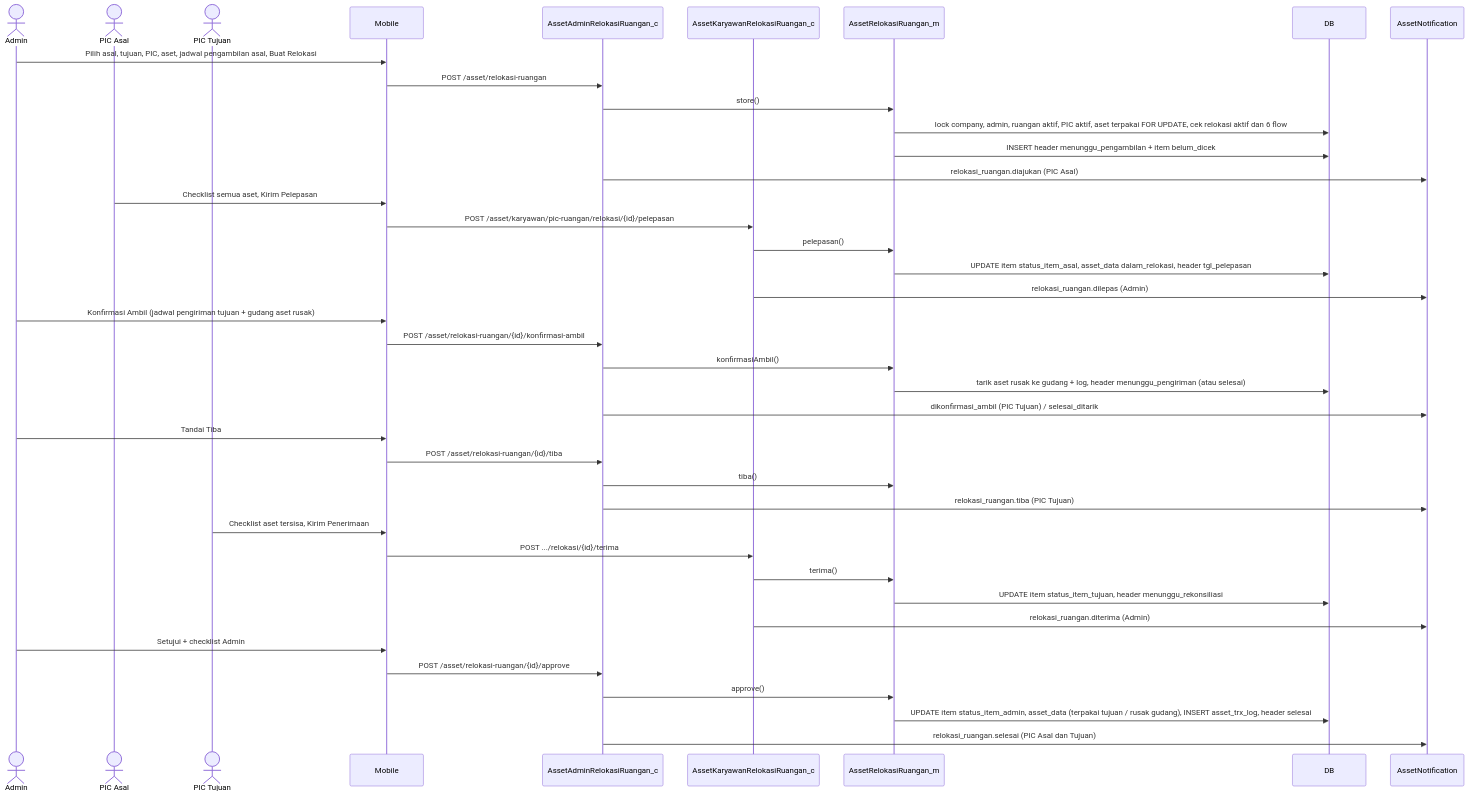
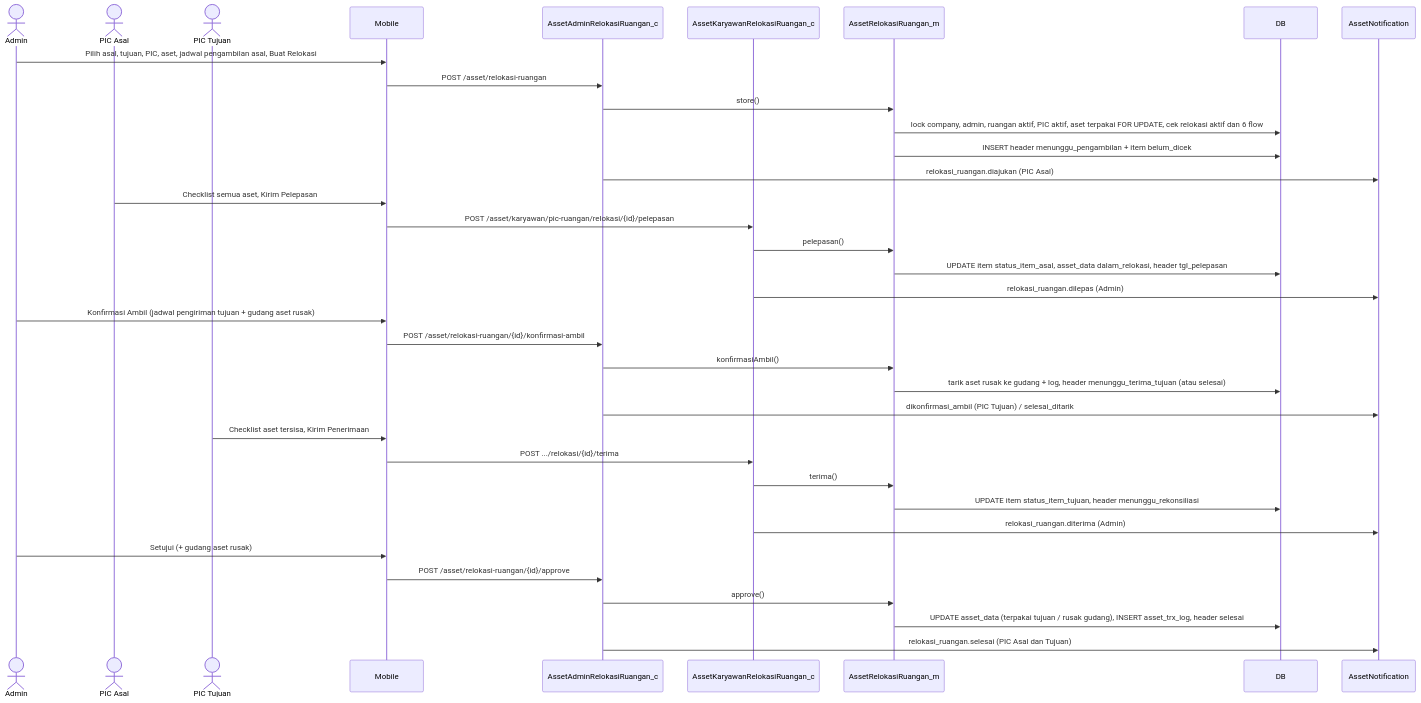
The second of 4 diagrams in dokumentasi-asset-relokasi-ruangan.md (setiyawan12/DOKUMENTASI-ASSET), drawn with Mermaid before and after one commit. The commit also changed other lines of this file and 2 other files, not shown here.

````diff
--- a/dokumentasi-asset-relokasi-ruangan.md
+++ b/dokumentasi-asset-relokasi-ruangan.md
@@ -349,43 +319,39 @@
 ```mermaid
 sequenceDiagram
     actor A as Admin
     actor PA as PIC Asal
     actor PT as PIC Tujuan
     participant M as Mobile
     participant CA as AssetAdminRelokasiRuangan_c
     participant CP as AssetKaryawanRelokasiRuangan_c
     participant R as AssetRelokasiRuangan_m
     participant DB
     participant N as AssetNotification
 
     A->>M: Pilih asal, tujuan, PIC, aset, jadwal pengambilan asal, Buat Relokasi
     M->>CA: POST /asset/relokasi-ruangan
     CA->>R: store()
     R->>DB: lock company, admin, ruangan aktif, PIC aktif, aset terpakai FOR UPDATE, cek relokasi aktif dan 6 flow
     R->>DB: INSERT header menunggu_pengambilan + item belum_dicek
     CA->>N: relokasi_ruangan.diajukan (PIC Asal)
     PA->>M: Checklist semua aset, Kirim Pelepasan
     M->>CP: POST /asset/karyawan/pic-ruangan/relokasi/{id}/pelepasan
     CP->>R: pelepasan()
     R->>DB: UPDATE item status_item_asal, asset_data dalam_relokasi, header tgl_pelepasan
     CP->>N: relokasi_ruangan.dilepas (Admin)
     A->>M: Konfirmasi Ambil (jadwal pengiriman tujuan + gudang aset rusak)
     M->>CA: POST /asset/relokasi-ruangan/{id}/konfirmasi-ambil
     CA->>R: konfirmasiAmbil()
-    R->>DB: tarik aset rusak ke gudang + log, header menunggu_pengiriman (atau selesai)
+    R->>DB: tarik aset rusak ke gudang + log, header menunggu_terima_tujuan (atau selesai)
     CA->>N: dikonfirmasi_ambil (PIC Tujuan) / selesai_ditarik
-    A->>M: Tandai Tiba
-    M->>CA: POST /asset/relokasi-ruangan/{id}/tiba
-    CA->>R: tiba()
-    CA->>N: relokasi_ruangan.tiba (PIC Tujuan)
     PT->>M: Checklist aset tersisa, Kirim Penerimaan
     M->>CP: POST .../relokasi/{id}/terima
     CP->>R: terima()
     R->>DB: UPDATE item status_item_tujuan, header menunggu_rekonsiliasi
     CP->>N: relokasi_ruangan.diterima (Admin)
-    A->>M: Setujui + checklist Admin
+    A->>M: Setujui (+ gudang aset rusak)
     M->>CA: POST /asset/relokasi-ruangan/{id}/approve
     CA->>R: approve()
-    R->>DB: UPDATE item status_item_admin, asset_data (terpakai tujuan / rusak gudang), INSERT asset_trx_log, header selesai
+    R->>DB: UPDATE asset_data (terpakai tujuan / rusak gudang), INSERT asset_trx_log, header selesai
     CA->>N: relokasi_ruangan.selesai (PIC Asal dan Tujuan)
 ```
````
